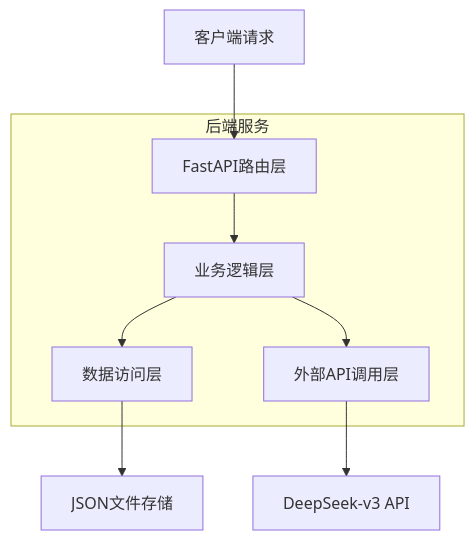
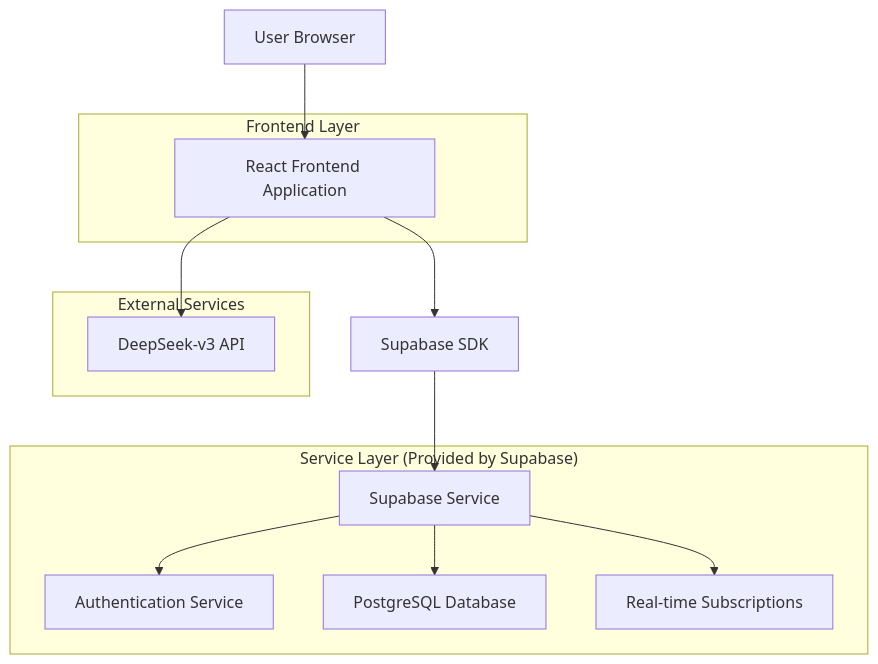
The first of 2 diagrams in .trae/documents/智能任务管理系统技术架构文档.md (wjjpku/SmartTime), drawn with Mermaid before and after one commit. The commit also changed other lines of this file and 16 other files, not shown here.

````diff
--- a/.trae/documents/智能任务管理系统技术架构文档.md
+++ b/.trae/documents/智能任务管理系统技术架构文档.md
@@ -218,16 +5,22 @@
 ```mermaid
 graph TD
-  A[客户端请求] --> B[FastAPI路由层]
-  B --> C[业务逻辑层]
-  C --> D[数据访问层]
-  C --> E[外部API调用层]
-  D --> F[JSON文件存储]
-  E --> G[DeepSeek-v3 API]
+  A[User Browser] --> B[React Frontend Application]
+  B --> C[Supabase SDK]
+  C --> D[Supabase Service]
   
-  subgraph "后端服务"
+  subgraph "Frontend Layer"
     B
-    C
-    D
-    E
   end
+  
+  subgraph "Service Layer (Provided by Supabase)"
+    D --> E[Authentication Service]
+    D --> F[PostgreSQL Database]
+    D --> G[Real-time Subscriptions]
+  end
+  
+  subgraph "External Services"
+    H[DeepSeek-v3 API]
+  end
+  
+  B --> H
 ```
````
